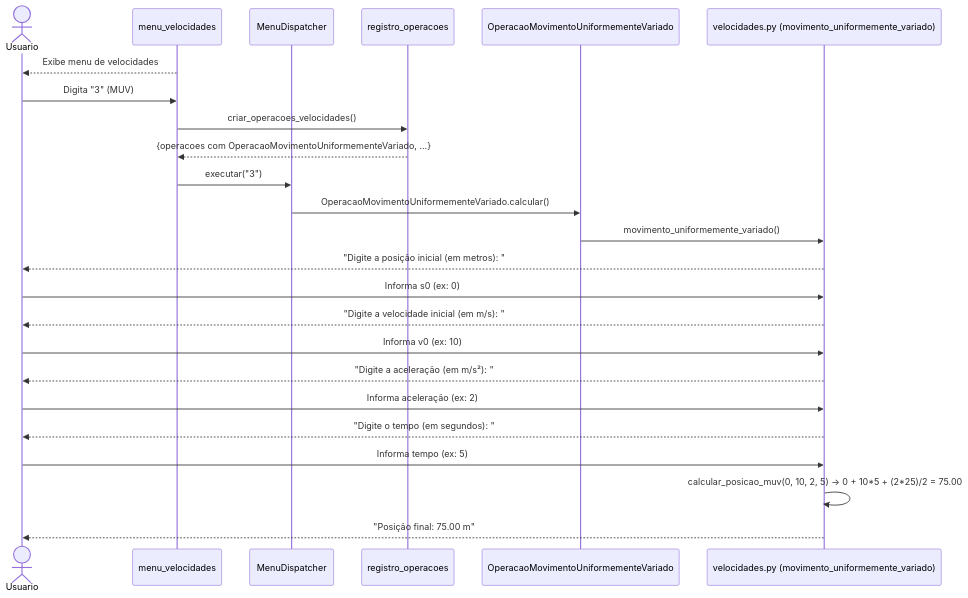
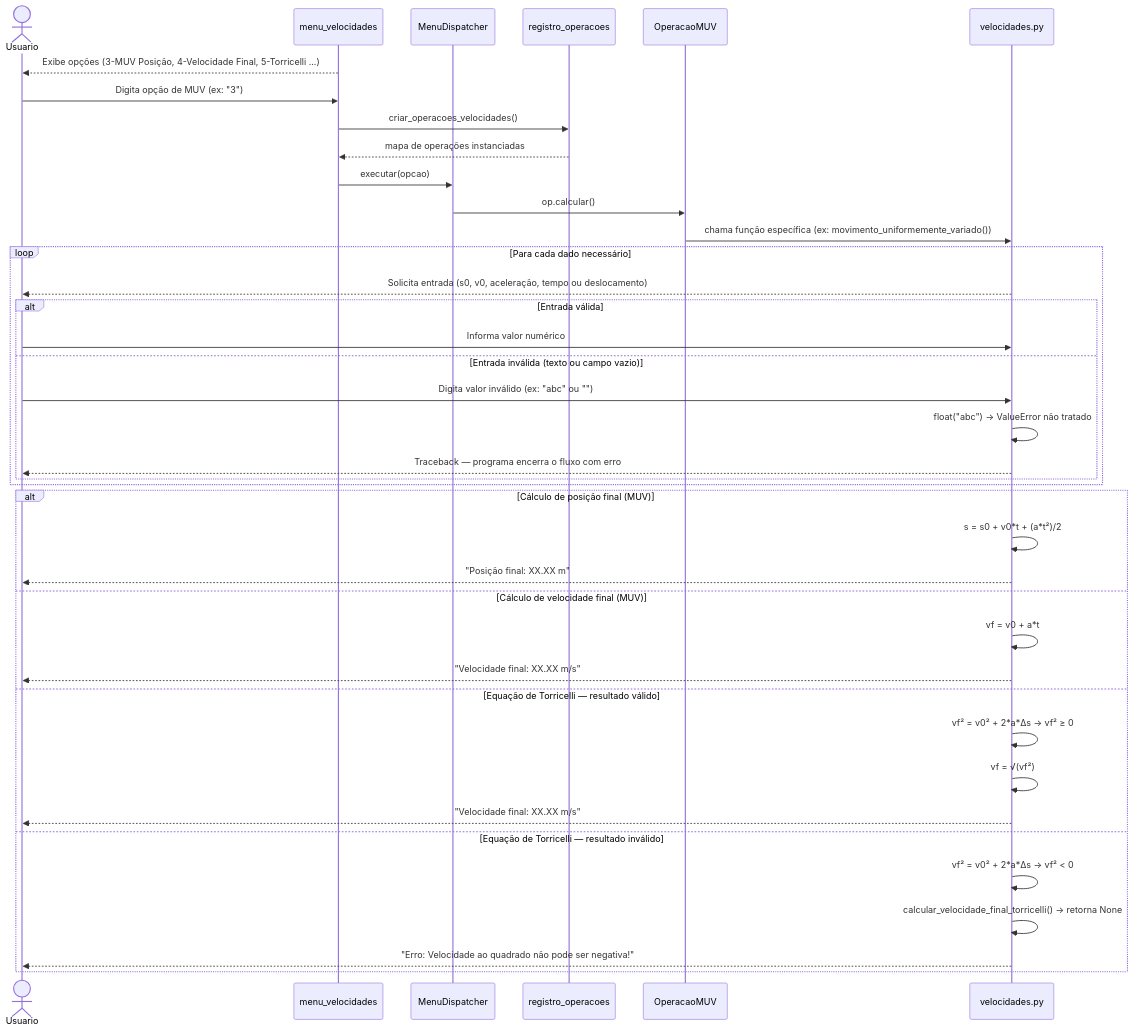
One commit to software-engineering-labs-ifrn/2026-1-Jonathan changed the diagram in Docs/Diagramas de sequência/DS_US05_MovimentoUniformementeVariado.md. Above: the diagram before and after it, drawn with Mermaid. The commit also changed other lines of this file and 10 other files, not shown here.

Commit message:
Fix: corrige diagramas

````diff
--- a/Docs/Diagramas de sequência/DS_US05_MovimentoUniformementeVariado.md
+++ b/Docs/Diagramas de sequência/DS_US05_MovimentoUniformementeVariado.md
@@ -9,28 +7,44 @@
 ```mermaid
 sequenceDiagram
     actor Usuario
     participant MenuVel as menu_velocidades
     participant Dispatcher as MenuDispatcher
     participant Registro as registro_operacoes
-    participant Op as OperacaoMovimentoUniformementeVariado
-    participant Calc as velocidades.py (movimento_uniformemente_variado)
+    participant Op as OperacaoMUV
+    participant Calc as velocidades.py
 
-    MenuVel-->>Usuario: Exibe menu de velocidades
-    Usuario->>MenuVel: Digita "3" (MUV)
+    MenuVel-->>Usuario: Exibe opções (3-MUV Posição, 4-Velocidade Final, 5-Torricelli ...)
+    Usuario->>MenuVel: Digita opção de MUV (ex: "3")
     MenuVel->>Registro: criar_operacoes_velocidades()
-    Registro-->>MenuVel: {operacoes com OperacaoMovimentoUniformementeVariado, ...}
-    MenuVel->>Dispatcher: executar("3")
-    Dispatcher->>Op: OperacaoMovimentoUniformementeVariado.calcular()
-    Op->>Calc: movimento_uniformemente_variado()
+    Registro-->>MenuVel: mapa de operações instanciadas
+    MenuVel->>Dispatcher: executar(opcao)
+    Dispatcher->>Op: op.calcular()
+    Op->>Calc: chama função específica (ex: movimento_uniformemente_variado())
 
-    Calc-->>Usuario: "Digite a posição inicial (em metros): "
-    Usuario->>Calc: Informa s0 (ex: 0)
-    Calc-->>Usuario: "Digite a velocidade inicial (em m/s): "
-    Usuario->>Calc: Informa v0 (ex: 10)
-    Calc-->>Usuario: "Digite a aceleração (em m/s²): "
-    Usuario->>Calc: Informa aceleração (ex: 2)
-    Calc-->>Usuario: "Digite o tempo (em segundos): "
-    Usuario->>Calc: Informa tempo (ex: 5)
-    Calc->>Calc: calcular_posicao_muv(0, 10, 2, 5) → 0 + 10*5 + (2*25)/2 = 75.00
-    Calc-->>Usuario: "Posição final: 75.00 m"
+    loop Para cada dado necessário
+        Calc-->>Usuario: Solicita entrada (s0, v0, aceleração, tempo ou deslocamento)
+        alt Entrada válida
+            Usuario->>Calc: Informa valor numérico
+        else Entrada inválida (texto ou campo vazio)
+            Usuario->>Calc: Digita valor inválido (ex: "abc" ou "")
+            Calc->>Calc: float("abc") → ValueError não tratado
+            Calc-->>Usuario: Traceback — programa encerra o fluxo com erro
+        end
+    end
+
+    alt Cálculo de posição final (MUV)
+        Calc->>Calc: s = s0 + v0*t + (a*t²)/2
+        Calc-->>Usuario: "Posição final: XX.XX m"
+    else Cálculo de velocidade final (MUV)
+        Calc->>Calc: vf = v0 + a*t
+        Calc-->>Usuario: "Velocidade final: XX.XX m/s"
+    else Equação de Torricelli — resultado válido
+        Calc->>Calc: vf² = v0² + 2*a*Δs → vf² ≥ 0
+        Calc->>Calc: vf = √(vf²)
+        Calc-->>Usuario: "Velocidade final: XX.XX m/s"
+    else Equação de Torricelli — resultado inválido
+        Calc->>Calc: vf² = v0² + 2*a*Δs → vf² < 0
+        Calc->>Calc: calcular_velocidade_final_torricelli() → retorna None
+        Calc-->>Usuario: "Erro: Velocidade ao quadrado não pode ser negativa!"
+    end
 ```
````
